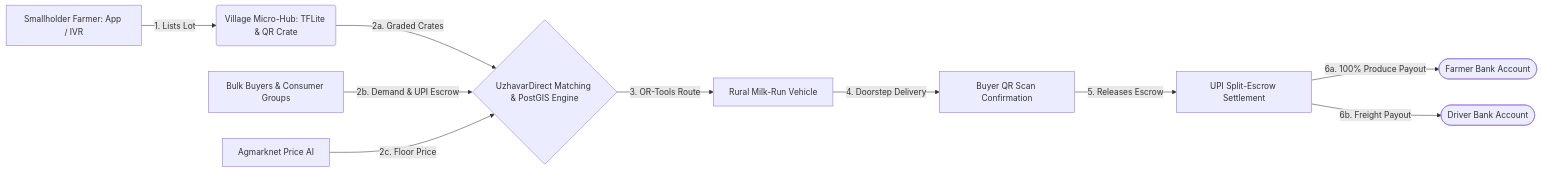
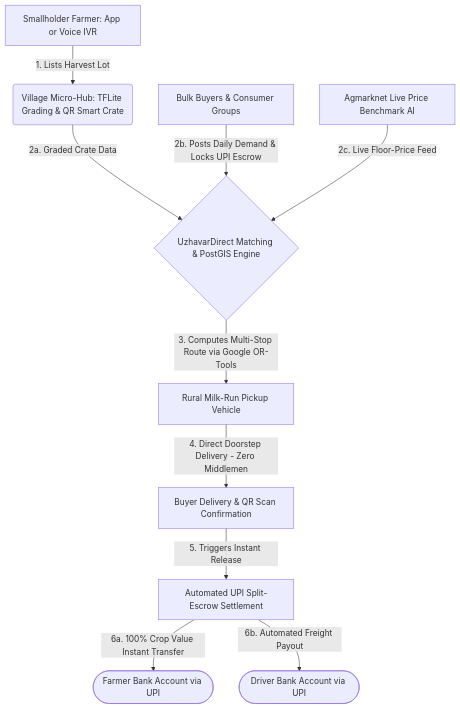
Before and after one commit to japukazh-arch/SIH-26033: the diagram in README.md, drawn with Mermaid.

````diff
--- a/README.md
+++ b/README.md
@@ -61,14 +61,14 @@
 ```mermaid
-graph LR
-    A[Smallholder Farmer: App / IVR] -->|1. Lists Lot| B(Village Micro-Hub: TFLite & QR Crate)
-    B -->|2a. Graded Crates| D{UzhavarDirect Matching & PostGIS Engine}
-    C[Bulk Buyers & Consumer Groups] -->|2b. Demand & UPI Escrow| D
-    E[Agmarknet Price AI] -->|2c. Floor Price| D
+graph TD
+    A[Smallholder Farmer: App or Voice IVR] -->|1. Lists Harvest Lot| B(Village Micro-Hub: TFLite Grading & QR Smart Crate)
+    B -->|2a. Graded Crate Data| D{UzhavarDirect Matching & PostGIS Engine}
+    C[Bulk Buyers & Consumer Groups] -->|2b. Posts Daily Demand & Locks UPI Escrow| D
+    E[Agmarknet Live Price Benchmark AI] -->|2c. Live Floor-Price Feed| D
     
-    D -->|3. OR-Tools Route| F[Rural Milk-Run Vehicle]
-    F -->|4. Doorstep Delivery| G[Buyer QR Scan Confirmation]
+    D -->|3. Computes Multi-Stop Route via Google OR-Tools| F[Rural Milk-Run Pickup Vehicle]
+    F -->|4. Direct Doorstep Delivery - Zero Middlemen| G[Buyer Delivery & QR Scan Confirmation]
     
-    G -->|5. Releases Escrow| H[UPI Split-Escrow Settlement]
-    H -->|6a. 100% Produce Payout| I([Farmer Bank Account])
-    H -->|6b. Freight Payout| J([Driver Bank Account])
+    G -->|5. Triggers Instant Release| H[Automated UPI Split-Escrow Settlement]
+    H -->|6a. 100% Crop Value Instant Transfer| I([Farmer Bank Account via UPI])
+    H -->|6b. Automated Freight Payout| J([Driver Bank Account via UPI])
 ```
````
